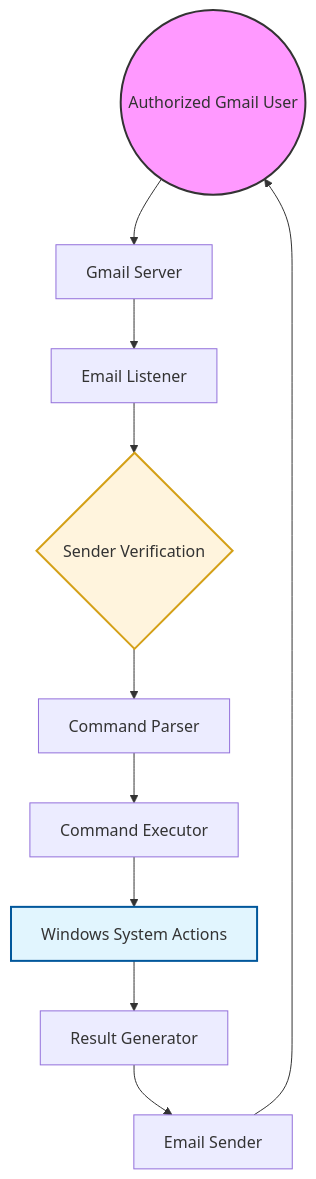
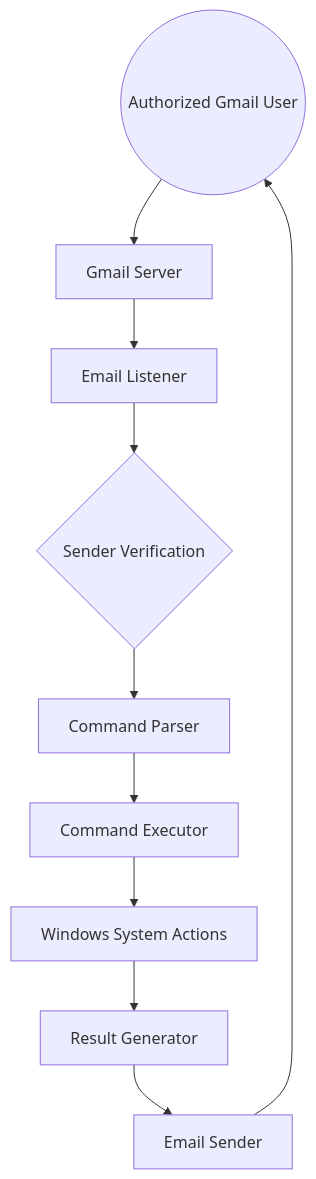
The diagram in README.md (trongtz/control-pc-by-email), drawn with Mermaid before and after one commit.

````diff
--- a/README.md
+++ b/README.md
@@ -46,16 +46,12 @@
 ```mermaid
 graph TD
     User((Authorized Gmail User)) --> Server[Gmail Server]
     Server --> Listener[Email Listener]
     Listener --> Verify{Sender Verification}
     Verify --> Parser[Command Parser]
     Parser --> Executor[Command Executor]
     Executor --> Actions[Windows System Actions]
     Actions --> Result[Result Generator]
     Result --> Sender[Email Sender]
     Sender --> User
-    
-    style User fill:#f9f,stroke:#333,stroke-width:2px
-    style Verify fill:#fff4dd,stroke:#d4a017,stroke-width:2px
-    style Actions fill:#e1f5fe,stroke:#01579b,stroke-width:2px
 ```
````
